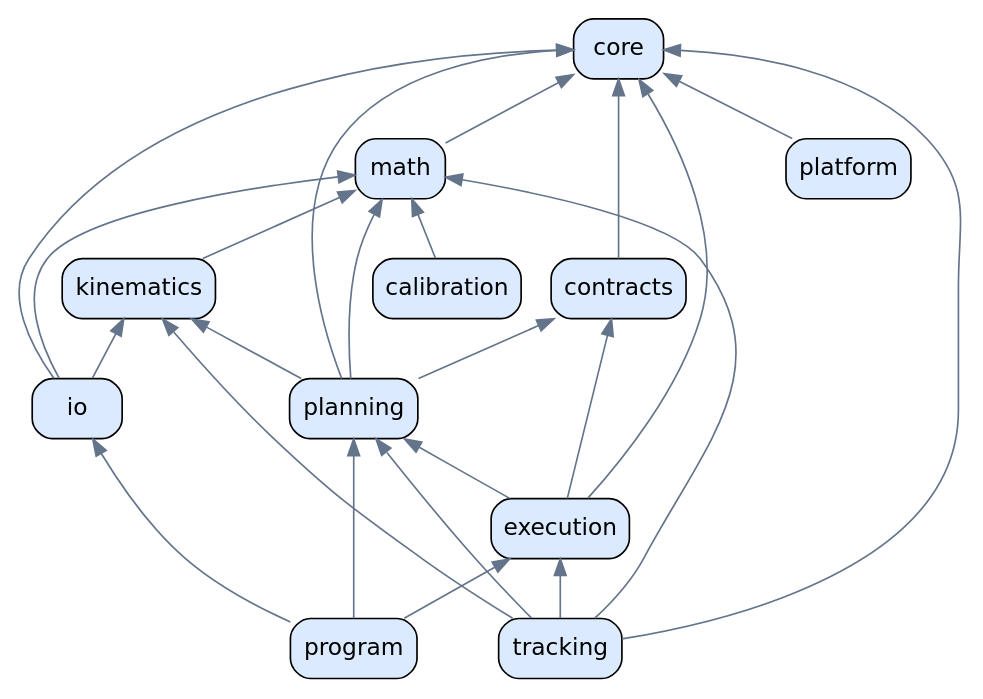
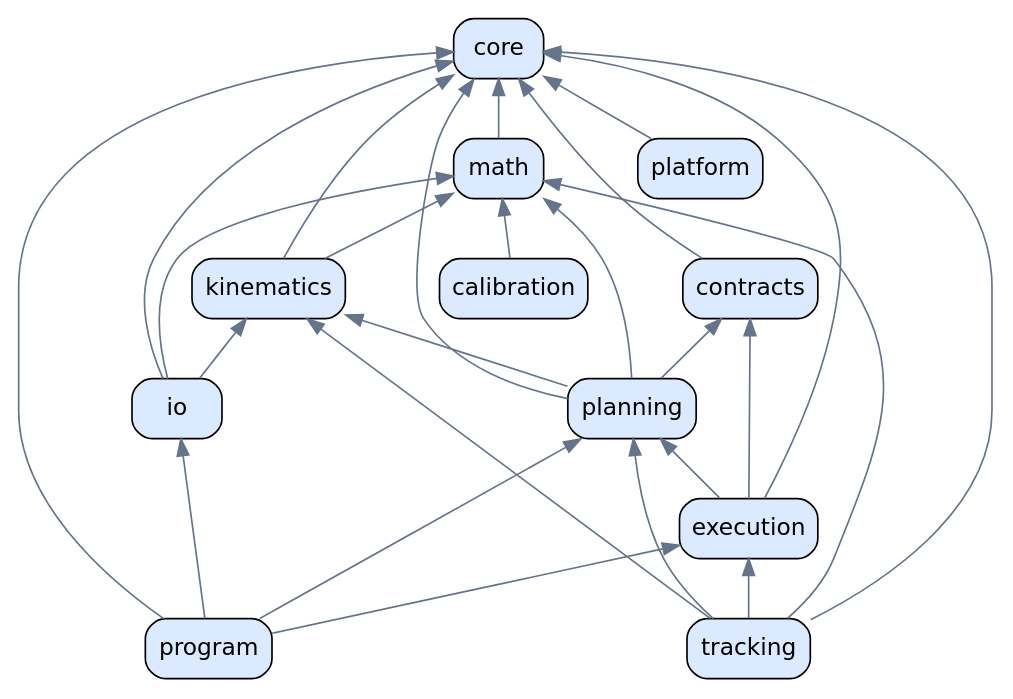
Before and after one commit to cpr-jar/Robotmotionplanning: the diagram in docs/architecture/diagrams/modules.dot, drawn with Graphviz. The commit also changed 68 other files, not shown here.

```diff
--- a/docs/architecture/diagrams/modules.dot
+++ b/docs/architecture/diagrams/modules.dot
@@ -1,39 +1,41 @@
 digraph modules {
 rankdir=BT;
 node [shape=box, style="rounded,filled", fillcolor="#dbeafe", fontname="DejaVu Sans"];
 edge [color="#64748b"];
 "calibration";
 "calibration" -> "math";
 "contracts";
 "contracts" -> "core";
 "core";
 "execution";
 "execution" -> "contracts";
 "execution" -> "core";
 "execution" -> "planning";
 "io";
 "io" -> "core";
 "io" -> "kinematics";
 "io" -> "math";
 "kinematics";
+"kinematics" -> "core";
 "kinematics" -> "math";
 "math";
 "math" -> "core";
 "planning";
 "planning" -> "contracts";
 "planning" -> "core";
 "planning" -> "kinematics";
 "planning" -> "math";
 "platform";
 "platform" -> "core";
 "program";
+"program" -> "core";
 "program" -> "execution";
 "program" -> "io";
 "program" -> "planning";
 "tracking";
 "tracking" -> "core";
 "tracking" -> "execution";
 "tracking" -> "kinematics";
 "tracking" -> "math";
 "tracking" -> "planning";
 }
```
